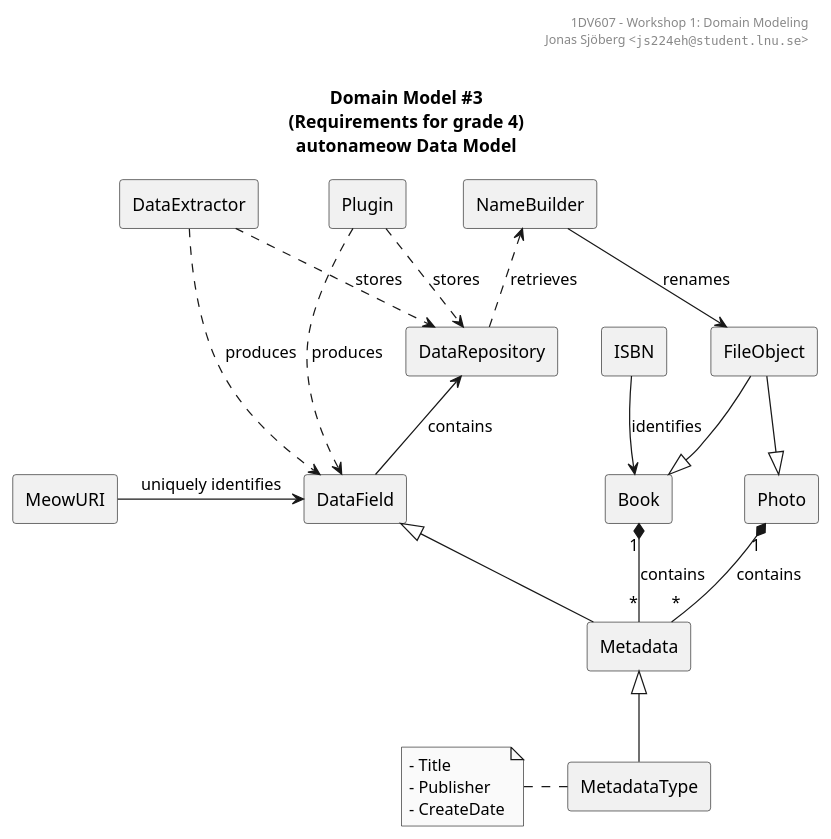
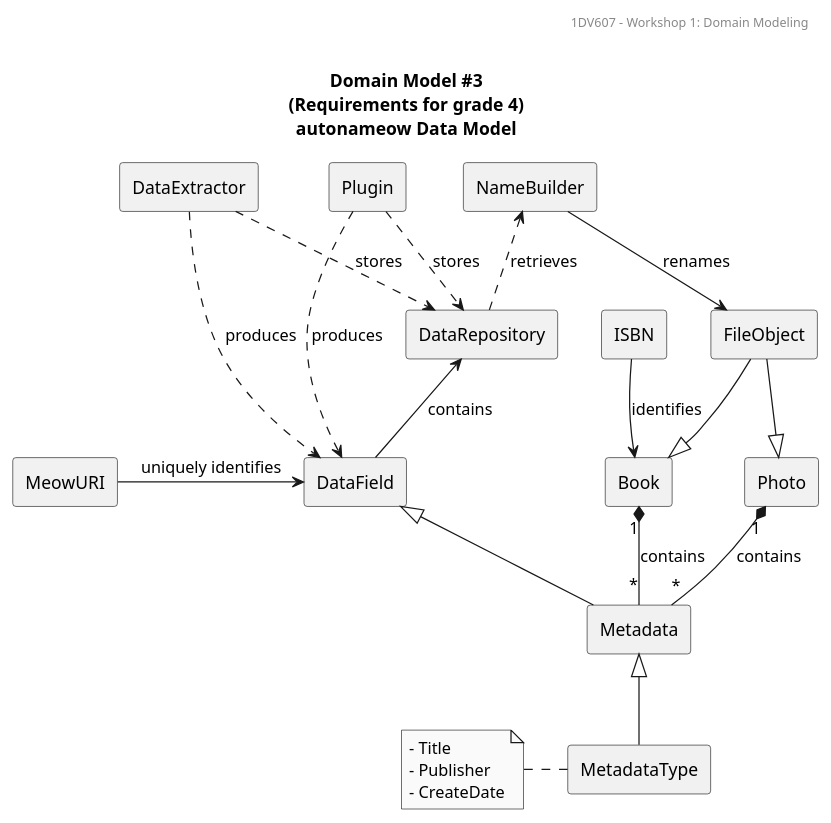
One commit to jonasjberg/1dv607_workshop1 changed the diagram in workshop1/uml/domain-model_3b.puml. Above: the diagram before and after it, drawn with PlantUML. The commit also changed 13 other files, not shown here.

```diff
--- a/workshop1/uml/domain-model_3b.puml
+++ b/workshop1/uml/domain-model_3b.puml
@@ -11,73 +11,72 @@
 @startuml
 ' ______________________________________________________________________________
 ' ____ CONFIGURATION OPTIONS ___________________________________________________
 ' debug flag creates a 'svek.dot' and 'svek.svg' file in ~/
 ' !pragma svek_trace on
 allow_mixing
 
 skinparam {
     monochrome true
     'backgroundColor transparent
     classBackgroundColor transparent
     style strictuml
 }
 
 ' ______________________________________________________________________________
 ' ____ USECASE DIAGRAM _________________________________________________________
 
 header
 1DV607 - Workshop 1: Domain Modeling
-Jonas Sjöberg <""js224eh@student.lnu.se"">
 end header
 
 title \nDomain Model #3\n(Requirements for grade 4)\nautonameow Data Model
 
 agent Book
 agent Photo
 agent MeowURI
 agent ISBN
 agent DataField
 agent Metadata
 'agent PlainText
 agent DataExtractor
 agent Plugin
 agent DataRepository
 'agent Analyzer
 agent FileObject
 
 agent MetadataType
 note left of MetadataType : - Title\n- Publisher\n- CreateDate
 
 agent NameBuilder
 
 
 
 
 MeowURI -> DataField : uniquely identifies
 ISBN --> Book : identifies
 
 DataField <|-- Metadata
 'DataField <|-- PlainText
 
 
 Metadata <|-- MetadataType
 
 FileObject --|> Book
 FileObject --|> Photo
 
 Book "1" *-- "*" Metadata : contains
 Photo "1" *-- "*" Metadata : contains
 
 DataExtractor ..> DataField : produces
 Plugin ..> DataField : produces
 
 DataRepository <-- DataField : contains
 
 NameBuilder <.. DataRepository : retrieves
 Plugin ..> DataRepository : stores
 DataExtractor ..> DataRepository : stores
 
 'Analyzer --> DataField : analyzes
 
 NameBuilder --> FileObject : renames
 @enduml
```
